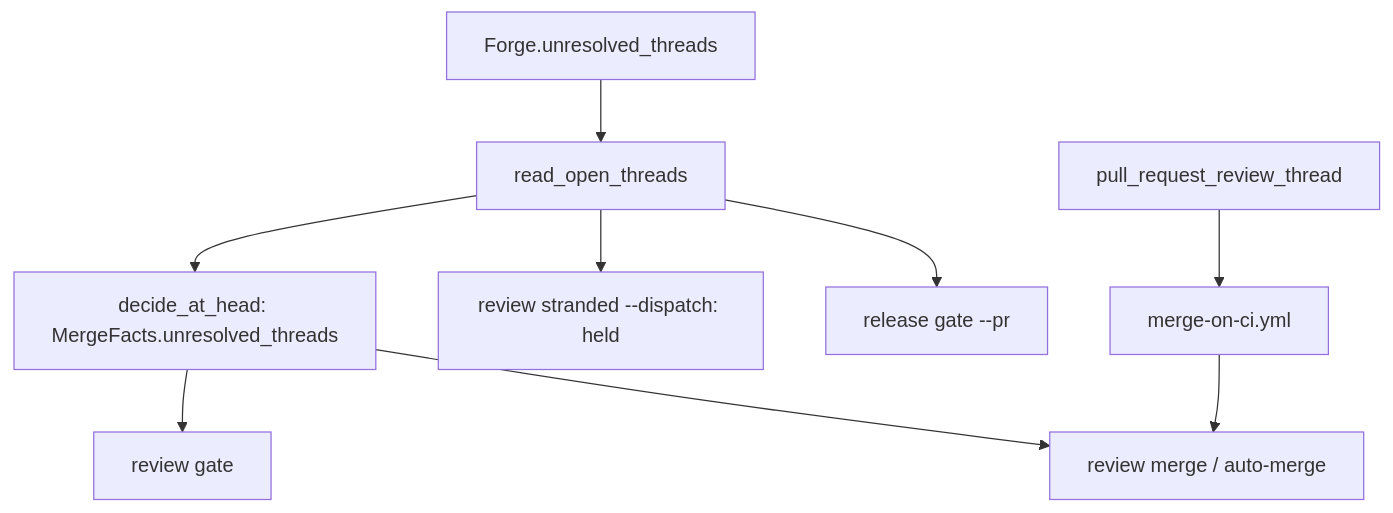
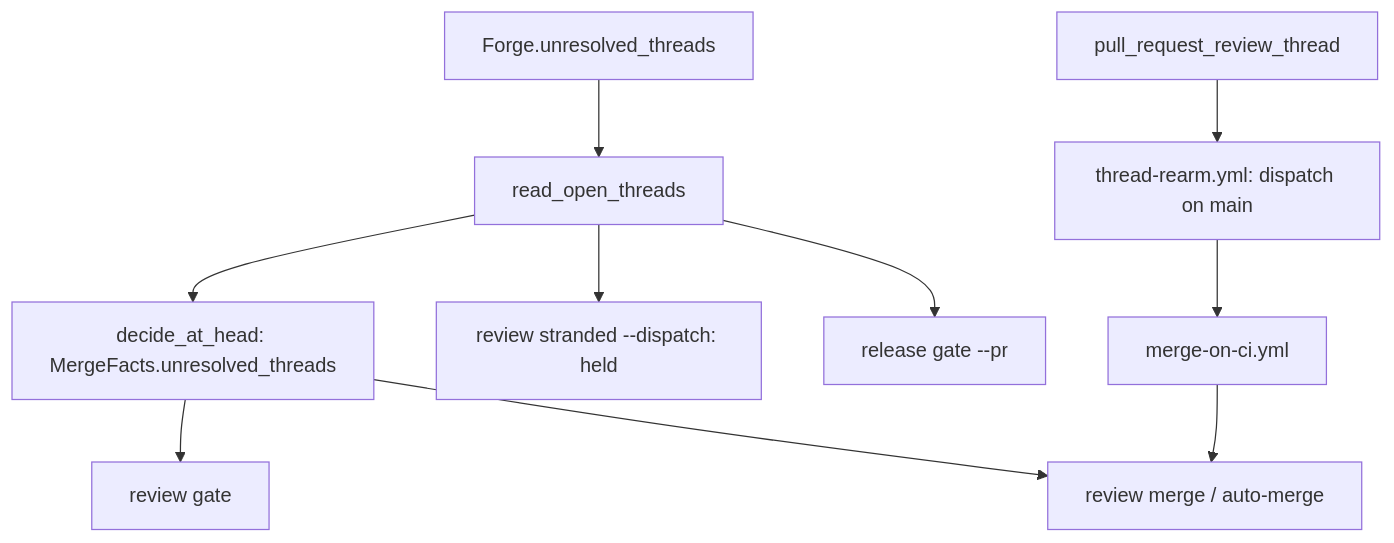
The diagram in docs/specs/2026-11-02_SP-OPEN-THREADS-BLOCK-THE-MERGE_an-open-review-thread-blocks-the-merge.md (repoachhq/repoach), drawn with Mermaid before and after one commit. The commit also changed other lines of this file and 2 other files, not shown here.

Commit message:
docs(specs): split the open threads plan and name the rearm workflow

````diff
--- a/docs/specs/2026-11-02_SP-OPEN-THREADS-BLOCK-THE-MERGE_an-open-review-thread-blocks-the-merge.md
+++ b/docs/specs/2026-11-02_SP-OPEN-THREADS-BLOCK-THE-MERGE_an-open-review-thread-blocks-the-merge.md
@@ -163,10 +171,10 @@
 ```mermaid
 flowchart TD
     F[Forge.unresolved_threads] --> R[read_open_threads]
     R --> D[decide_at_head: MergeFacts.unresolved_threads]
     D --> G[review gate]
     D --> M[review merge / auto-merge]
     R --> S[review stranded --dispatch: held]
     R --> L[release gate --pr]
-    T[pull_request_review_thread] --> W[merge-on-ci.yml] --> M
+    T[pull_request_review_thread] --> X[thread-rearm.yml: dispatch on main] --> W[merge-on-ci.yml] --> M
 ```
````
